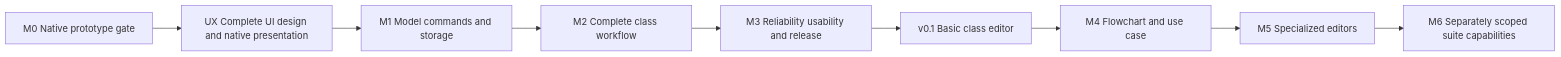
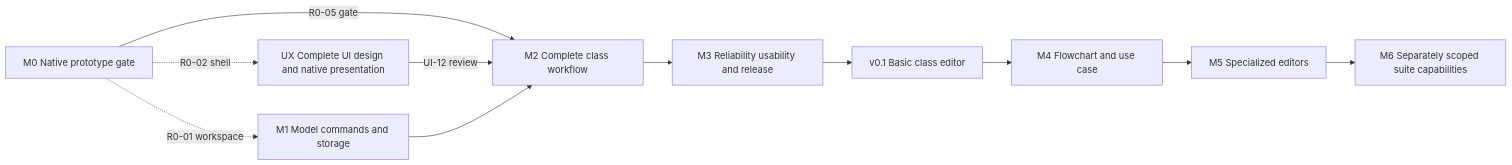
The diagram in plan-rust-diagram-editor/RUST-ROADMAP.md (DAWAS00/Diagrams), drawn with Mermaid before and after one commit. The commit also changed other lines of this file and 11 other files, not shown here.

First line of the commit message:
docs: ADR-003 UI decisions and roadmap.json as the only status source

````diff
--- a/plan-rust-diagram-editor/RUST-ROADMAP.md
+++ b/plan-rust-diagram-editor/RUST-ROADMAP.md
@@ -7,11 +11,13 @@
 ```mermaid
 flowchart LR
-    M0[M0 Native prototype gate] --> UX[UX Complete UI design and native presentation]
-    UX --> M1[M1 Model commands and storage]
-    M1 --> M2[M2 Complete class workflow]
+    M0[M0 Native prototype gate] -->|R0-05 gate| M2[M2 Complete class workflow]
+    M0 -.->|R0-01 workspace| M1[M1 Model commands and storage]
+    M0 -.->|R0-02 shell| UX[UX Complete UI design and native presentation]
+    UX -->|UI-12 review| M2
+    M1 --> M2
     M2 --> M3[M3 Reliability usability and release]
     M3 --> V1[v0.1 Basic class editor]
     V1 --> M4[M4 Flowchart and use case]
     M4 --> M5[M5 Specialized editors]
     M5 --> M6[M6 Separately scoped suite capabilities]
 ```
````
